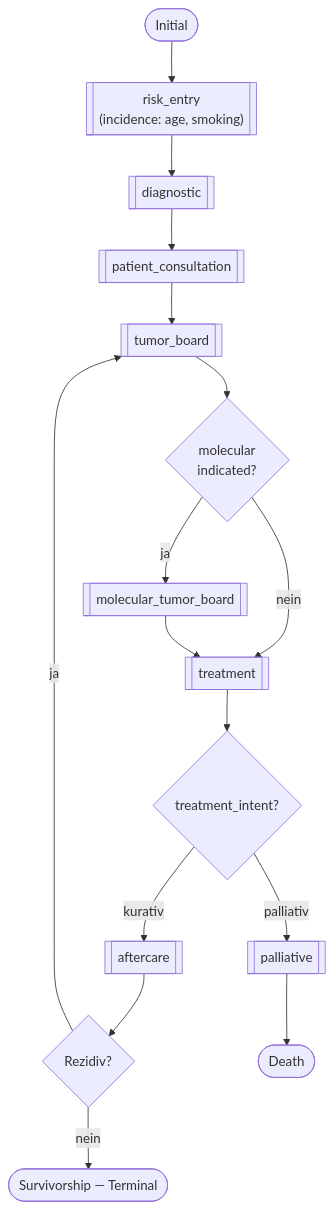
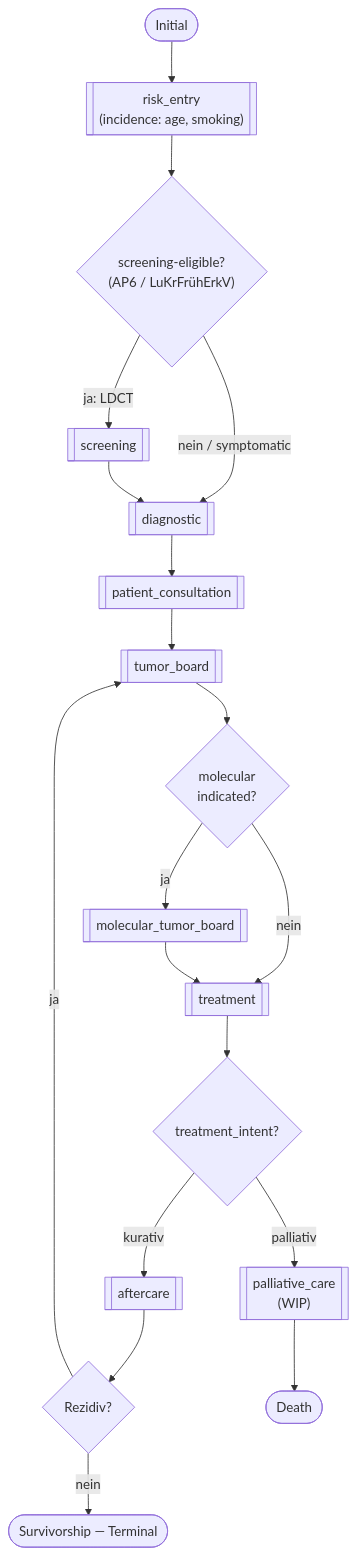
One commit to forschungsgruppe-digital-health/mihub-lung-cancer-pathway changed the second of 2 diagrams in docs/synthea-dataset-generation-plan.md. Above: the diagram before and after it, drawn with Mermaid. The commit also changed other lines of this file and 2 other files, not shown here.

````diff
--- a/docs/synthea-dataset-generation-plan.md
+++ b/docs/synthea-dataset-generation-plan.md
@@ -159,18 +162,21 @@
 ```mermaid
 flowchart TD
     INIT([Initial]) --> RISK[["risk_entry<br/>(incidence: age, smoking)"]]
-    RISK --> DIAG[["diagnostic"]]
+    RISK --> ENTRY{"screening-eligible?<br/>(AP6 / LuKrFrühErkV)"}
+    ENTRY -->|"ja: LDCT"| SCREEN[["screening"]]
+    ENTRY -->|"nein / symptomatic"| DIAG
+    SCREEN --> DIAG[["diagnostic"]]
     DIAG --> CONS[["patient_consultation"]]
     CONS --> TB[["tumor_board"]]
     TB --> MTBd{"molecular<br/>indicated?"}
     MTBd -->|ja| MTB[["molecular_tumor_board"]]
     MTBd -->|nein| TX
     MTB --> TX[["treatment"]]
     TX --> INTENT{"treatment_intent?"}
     INTENT -->|kurativ| AC[["aftercare"]]
-    INTENT -->|palliativ| PAL[["palliative"]]
+    INTENT -->|palliativ| PAL[["palliative_care<br/>(WIP)"]]
     AC --> RECUR{"Rezidiv?"}
     RECUR -->|ja| TB
     RECUR -->|nein| SURV([Survivorship — Terminal])
     PAL --> DEATH([Death])
 ```
````
